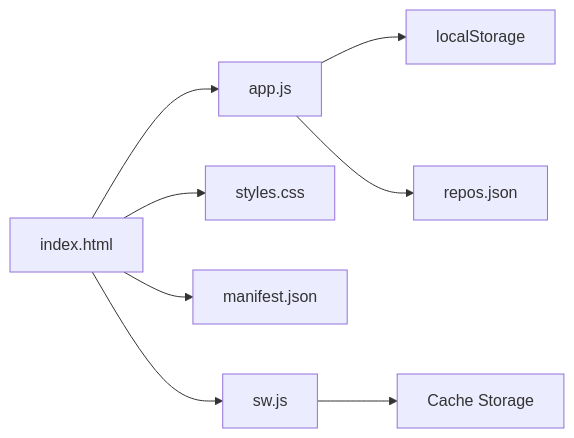
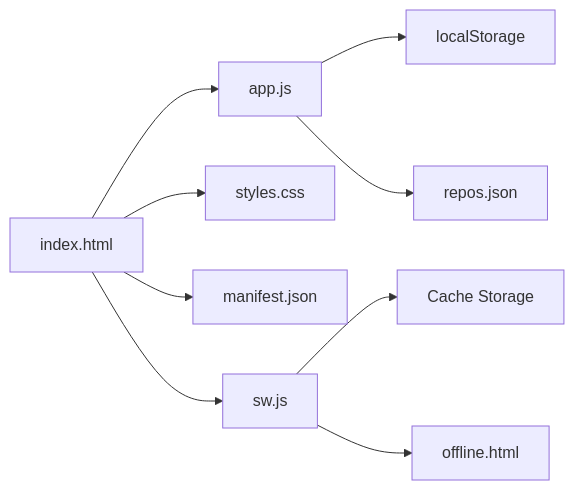
One commit to allengaller/repo-database changed the tenth of 10 diagrams in .qoder/repowiki/zh/content/核心功能/用户体验优化/用户体验优化.md. Above: the diagram before and after it, drawn with Mermaid. The commit also changed other lines of this file and 38 other files, not shown here.

````diff
--- a/.qoder/repowiki/zh/content/核心功能/用户体验优化/用户体验优化.md
+++ b/.qoder/repowiki/zh/content/核心功能/用户体验优化/用户体验优化.md
@@ -282,10 +366,11 @@
 ```mermaid
 graph LR
 HTML["index.html"] --> JS["app.js"]
 HTML --> CSS["styles.css"]
 HTML --> MAN["manifest.json"]
 HTML --> SW["sw.js"]
 JS --> LS["localStorage"]
 JS --> NET["repos.json"]
 SW --> CACHE["Cache Storage"]
+SW --> OFFLINE["offline.html"]
 ```
````
